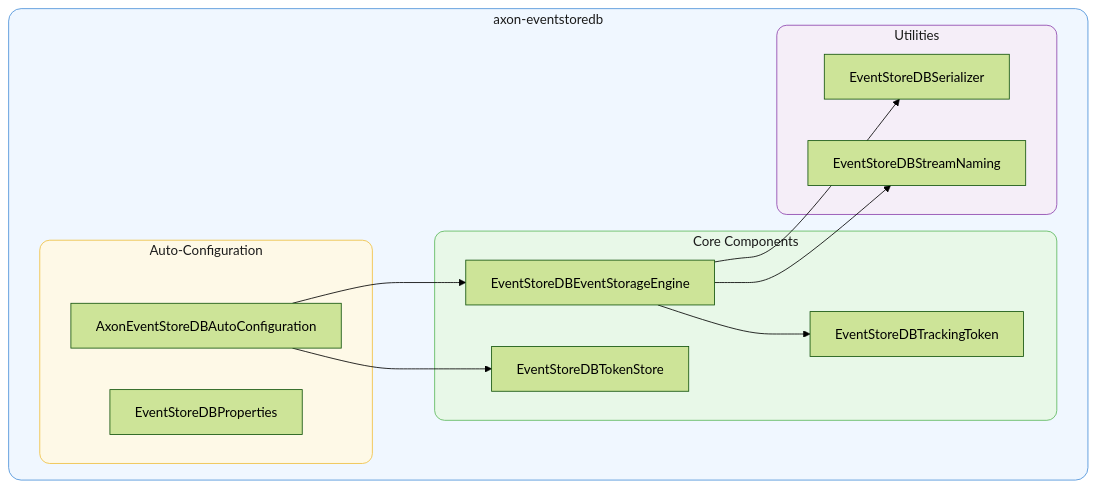
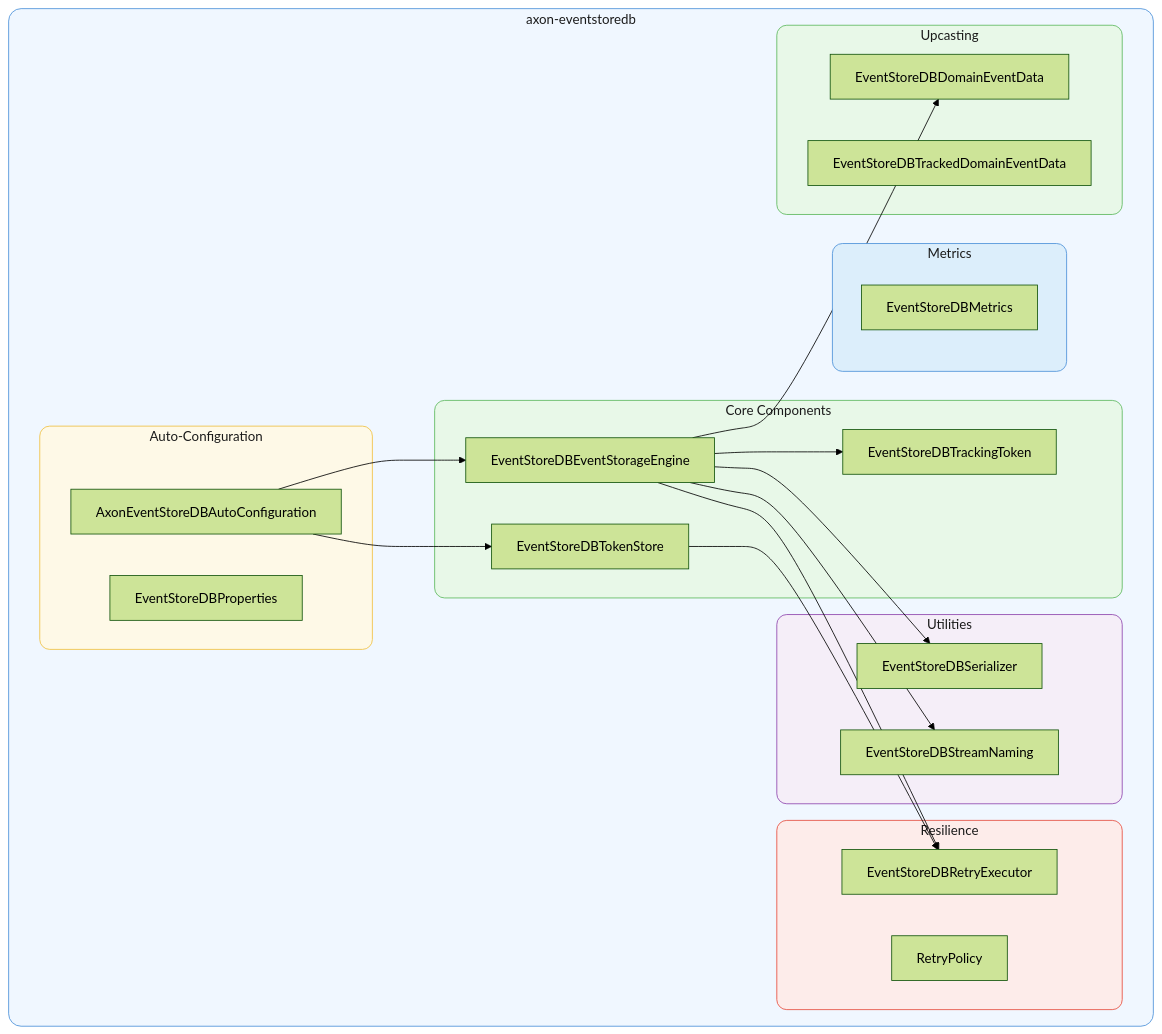
Before and after one commit to bsakweson/axon-eventstoredb: the fourth of 5 diagrams in README.md, drawn with Mermaid (forest theme). The commit also changed other lines of this file and 18 other files, not shown here.

Commit message:
feat: add metrics, resilience, and upcasting support

````diff
--- a/README.md
+++ b/README.md
@@ -262,31 +271,51 @@
 ```mermaid
 graph TD
     subgraph project["axon-eventstoredb"]
         style project fill:#f0f7ff,stroke:#4a90d9,rx:15,ry:15,color:#1a1a1a
 
         subgraph core["Core Components"]
             style core fill:#e8f8e8,stroke:#5cb85c,rx:12,ry:12,color:#1a1a1a
             engine2["EventStoreDBEventStorageEngine"]
             token2["EventStoreDBTokenStore"]
             tracking["EventStoreDBTrackingToken"]
         end
 
         subgraph config["Auto-Configuration"]
             style config fill:#fef9e7,stroke:#f0c040,rx:12,ry:12,color:#1a1a1a
             autoconf["AxonEventStoreDBAutoConfiguration"]
             props["EventStoreDBProperties"]
         end
 
         subgraph util["Utilities"]
             style util fill:#f5eef8,stroke:#8e44ad,rx:12,ry:12,color:#1a1a1a
             ser["EventStoreDBSerializer"]
             naming["EventStoreDBStreamNaming"]
         end
+
+        subgraph resilience["Resilience"]
+            style resilience fill:#fdecea,stroke:#e74c3c,rx:12,ry:12,color:#1a1a1a
+            retry["RetryPolicy"]
+            retryExec["EventStoreDBRetryExecutor"]
+        end
+
+        subgraph metrics["Metrics"]
+            style metrics fill:#dceefb,stroke:#4a90d9,rx:12,ry:12,color:#1a1a1a
+            met["EventStoreDBMetrics"]
+        end
+
+        subgraph upcasting["Upcasting"]
+            style upcasting fill:#e8f8e8,stroke:#5cb85c,rx:12,ry:12,color:#1a1a1a
+            ded["EventStoreDBDomainEventData"]
+            ted["EventStoreDBTrackedDomainEventData"]
+        end
     end
 
     autoconf --> engine2
     autoconf --> token2
     engine2 --> tracking
     engine2 --> ser
     engine2 --> naming
+    engine2 --> retryExec
+    engine2 --> ded
+    token2 --> retryExec
 ```
````
